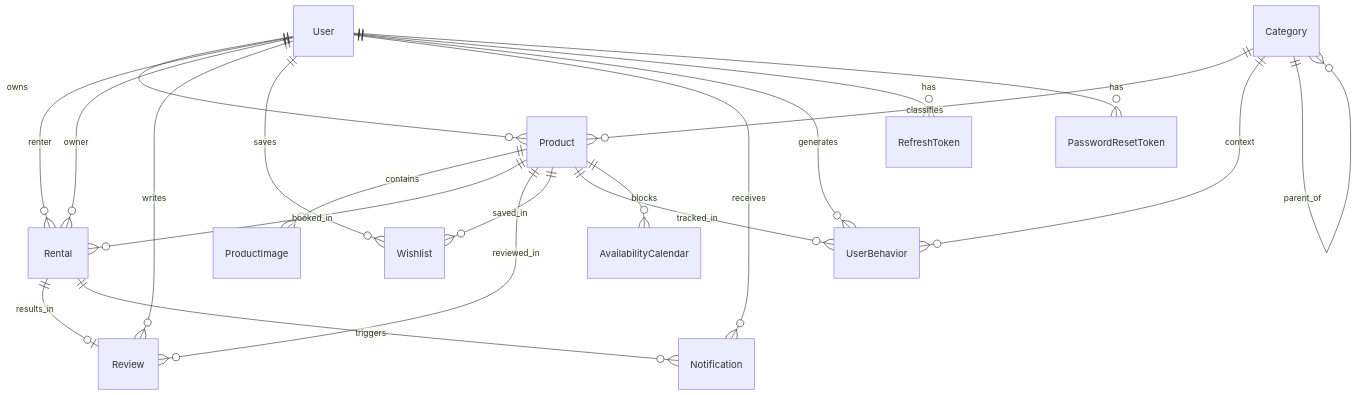
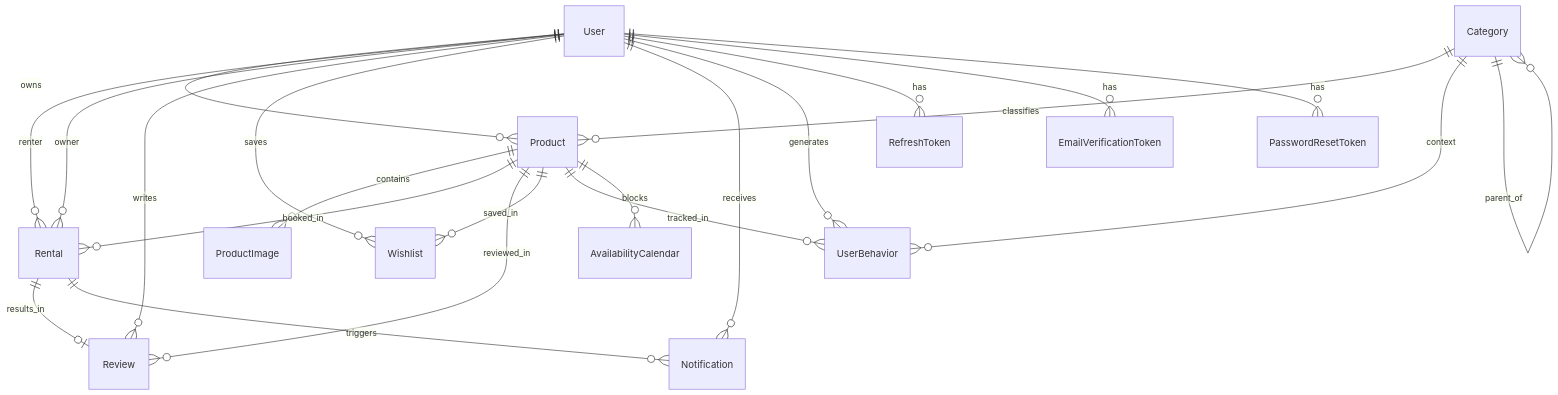
Before and after one commit to E-m-ad/Graduation-Project: the third of 5 diagrams in README.md, drawn with Mermaid. The commit also changed other lines of this file and 34 other files, not shown here.

Commit message:
add email verification

````diff
--- a/README.md
+++ b/README.md
@@ -300,26 +303,27 @@
 ```mermaid
 erDiagram
   User ||--o{ Product : owns
   User ||--o{ Rental : renter
   User ||--o{ Rental : owner
   User ||--o{ Review : writes
   User ||--o{ Wishlist : saves
   User ||--o{ Notification : receives
   User ||--o{ UserBehavior : generates
   User ||--o{ RefreshToken : has
+  User ||--o{ EmailVerificationToken : has
   User ||--o{ PasswordResetToken : has
 
   Category ||--o{ Product : classifies
   Category ||--o{ UserBehavior : context
   Category ||--o{ Category : parent_of
 
   Product ||--o{ ProductImage : contains
   Product ||--o{ Rental : booked_in
   Product ||--o{ Review : reviewed_in
   Product ||--o{ Wishlist : saved_in
   Product ||--o{ UserBehavior : tracked_in
   Product ||--o{ AvailabilityCalendar : blocks
 
   Rental ||--o| Review : results_in
   Rental ||--o{ Notification : triggers
 ```
````
